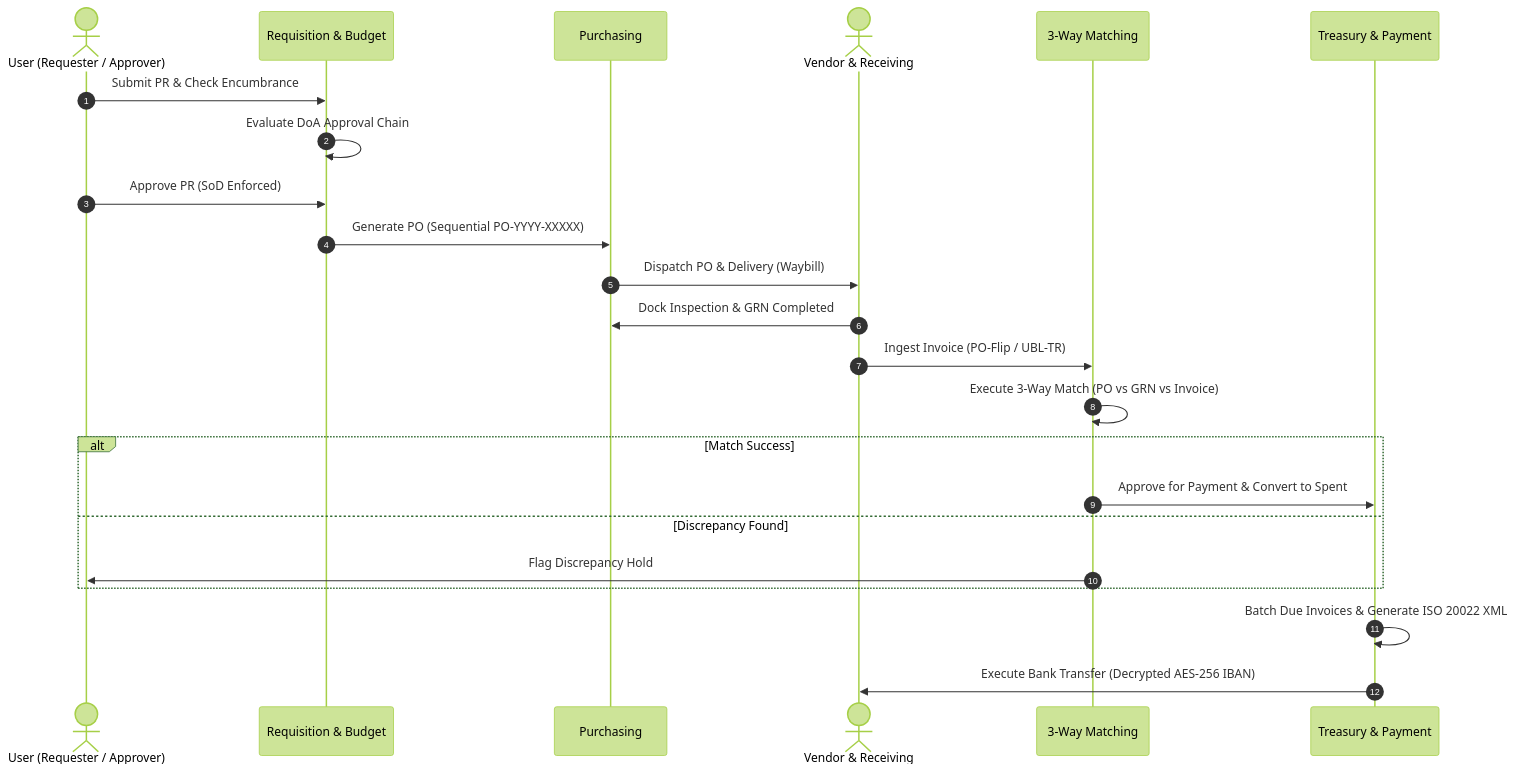
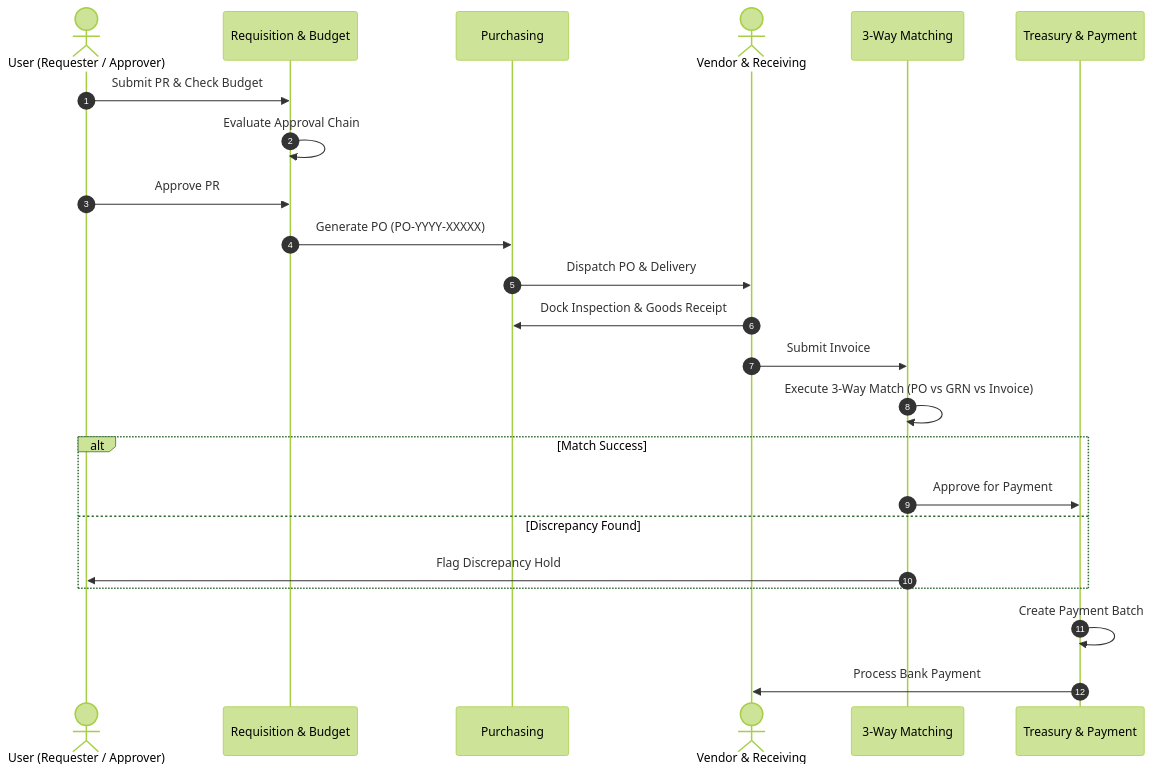
Before and after one commit to doguhanniltextra/spend-sync: the second of 2 diagrams in README.md, drawn with Mermaid (forest theme). The commit also changed other lines of this file, not shown here.

````diff
--- a/README.md
+++ b/README.md
@@ -64,29 +64,29 @@
 ```mermaid
 sequenceDiagram
     autonumber
     actor User as User (Requester / Approver)
     participant Req as Requisition & Budget
     participant PO as Purchasing
     actor Vendor as Vendor & Receiving
     participant Match as 3-Way Matching
     participant Pay as Treasury & Payment
 
-    User->>Req: Submit PR & Check Encumbrance
-    Req->>Req: Evaluate DoA Approval Chain
-    User->>Req: Approve PR (SoD Enforced)
+    User->>Req: Submit PR & Check Budget
+    Req->>Req: Evaluate Approval Chain
+    User->>Req: Approve PR
 
-    Req->>PO: Generate PO (Sequential PO-YYYY-XXXXX)
-    PO->>Vendor: Dispatch PO & Delivery (Waybill)
-    Vendor->>PO: Dock Inspection & GRN Completed
+    Req->>PO: Generate PO (PO-YYYY-XXXXX)
+    PO->>Vendor: Dispatch PO & Delivery
+    Vendor->>PO: Dock Inspection & Goods Receipt
 
-    Vendor->>Match: Ingest Invoice (PO-Flip / UBL-TR)
+    Vendor->>Match: Submit Invoice
     Match->>Match: Execute 3-Way Match (PO vs GRN vs Invoice)
     alt Match Success
-        Match->>Pay: Approve for Payment & Convert to Spent
+        Match->>Pay: Approve for Payment
     else Discrepancy Found
         Match->>User: Flag Discrepancy Hold
     end
 
-    Pay->>Pay: Batch Due Invoices & Generate ISO 20022 XML
-    Pay->>Vendor: Execute Bank Transfer (Decrypted AES-256 IBAN)
+    Pay->>Pay: Create Payment Batch
+    Pay->>Vendor: Process Bank Payment
 ```
````
